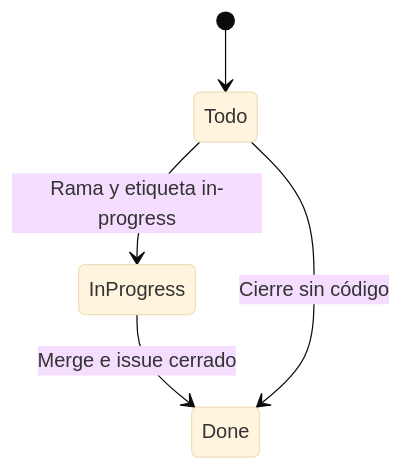
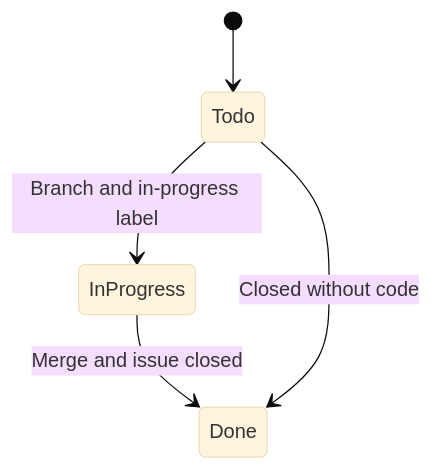
One commit to matiaspakua/notaire changed diagram 16 of 16 in docs/200-architecture/203-design/CICLO-DE-VIDA.md. Above: the diagram before and after it, drawn with Mermaid (base theme). The commit also changed other lines of this file and 52 other files, not shown here.

````diff
--- a/docs/200-architecture/203-design/CICLO-DE-VIDA.md
+++ b/docs/200-architecture/203-design/CICLO-DE-VIDA.md
@@ -543,7 +549,7 @@
 ```mermaid
 stateDiagram-v2
   [*] --> Todo
-  Todo --> InProgress: Rama y etiqueta in-progress
-  InProgress --> Done: Merge e issue cerrado
-  Todo --> Done: Cierre sin código
+  Todo --> InProgress: Branch and in-progress label
+  InProgress --> Done: Merge and issue closed
+  Todo --> Done: Closed without code
 ```
````
